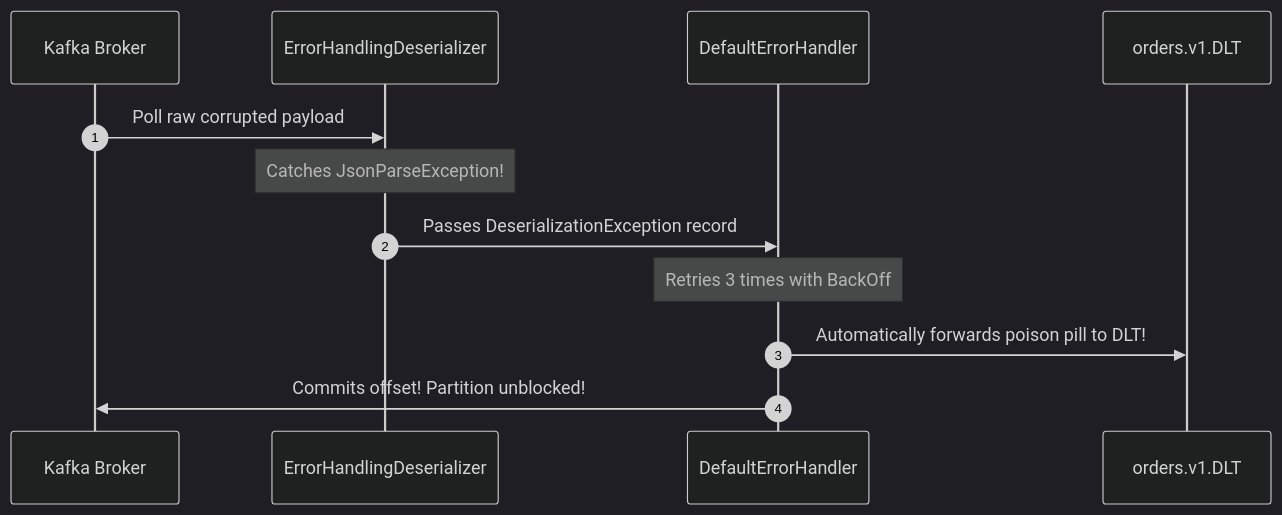
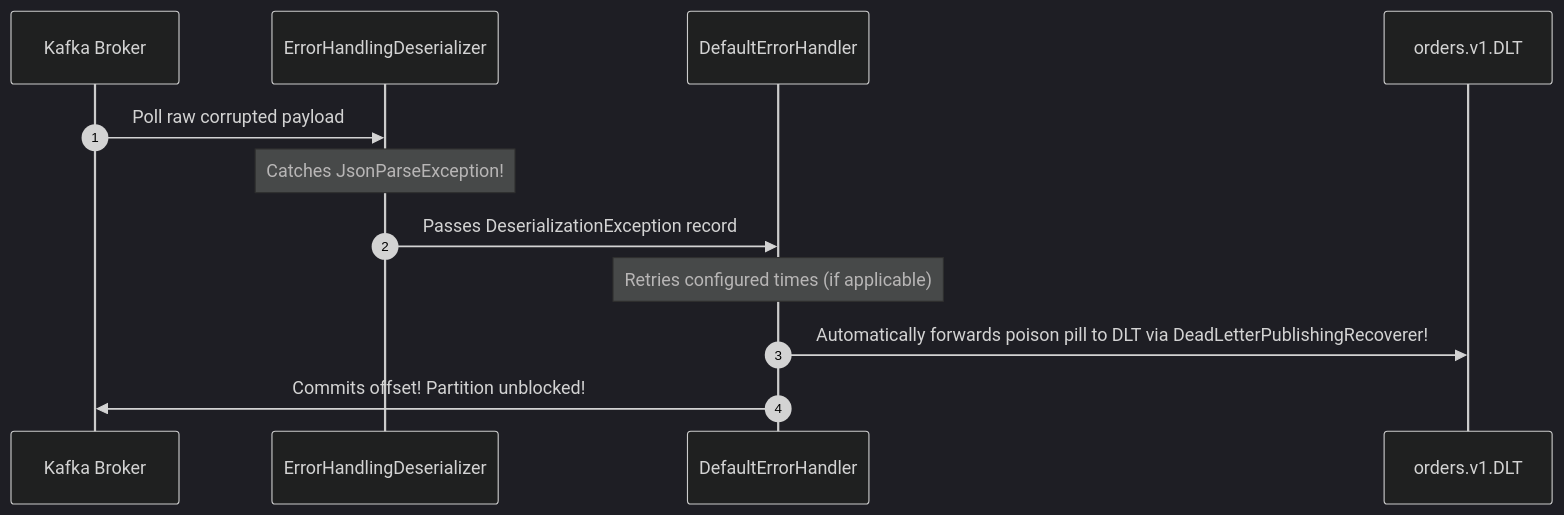
One commit to PandeyKishan/Study-Notes changed the second of 4 diagrams in 03-Apache-Kafka/07-Spring-Boot-Kafka-Integration-and-Patterns.md. Above: the diagram before and after it, drawn with Mermaid (dark theme). The commit also changed other lines of this file and 38 other files, not shown here.

````diff
--- a/03-Apache-Kafka/07-Spring-Boot-Kafka-Integration-and-Patterns.md
+++ b/03-Apache-Kafka/07-Spring-Boot-Kafka-Integration-and-Patterns.md
@@ -50,15 +55,15 @@
 ```mermaid
 sequenceDiagram
     autonumber
     participant Broker as Kafka Broker
     participant Deser as ErrorHandlingDeserializer
     participant Handler as DefaultErrorHandler
     participant DLT as orders.v1.DLT
 
     Broker->>Deser: Poll raw corrupted payload
     Note over Deser: Catches JsonParseException!
     Deser->>Handler: Passes DeserializationException record
-    Note over Handler: Retries 3 times with BackOff
-    Handler->>DLT: Automatically forwards poison pill to DLT!
+    Note over Handler: Retries configured times (if applicable)
+    Handler->>DLT: Automatically forwards poison pill to DLT via DeadLetterPublishingRecoverer!
     Handler->>Broker: Commits offset! Partition unblocked!
 ```
````
